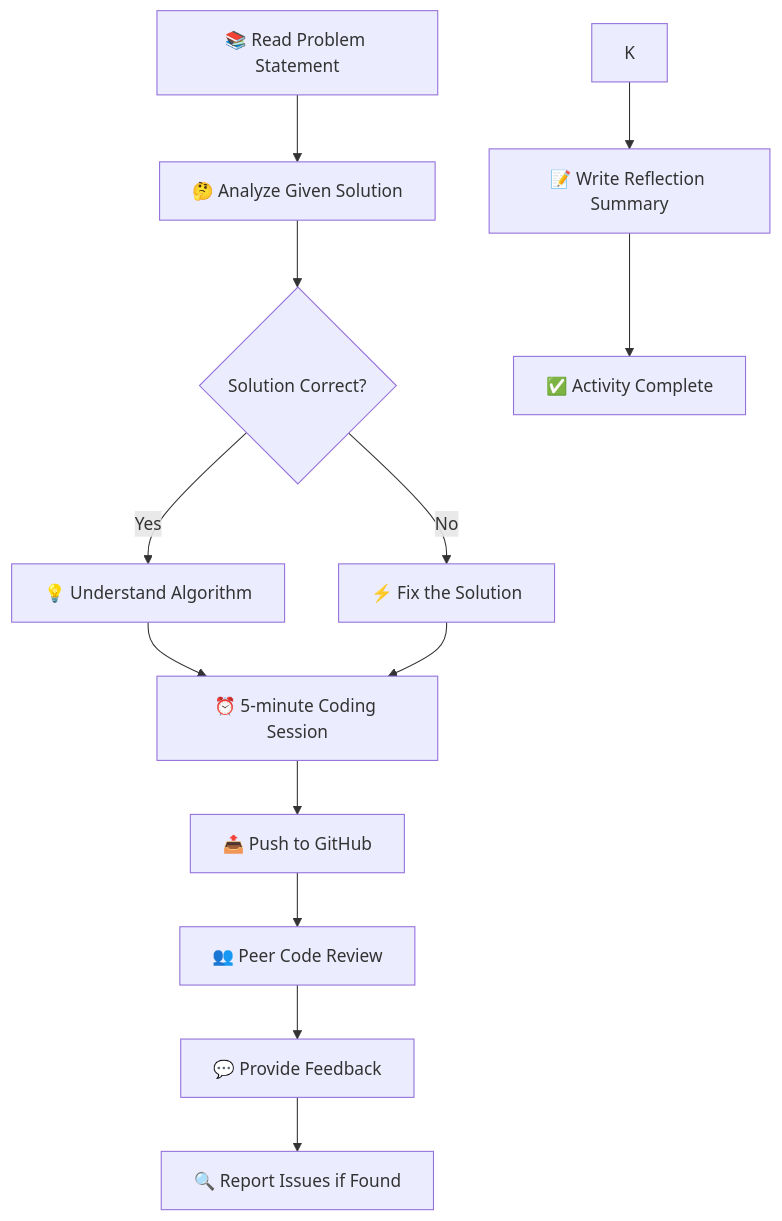
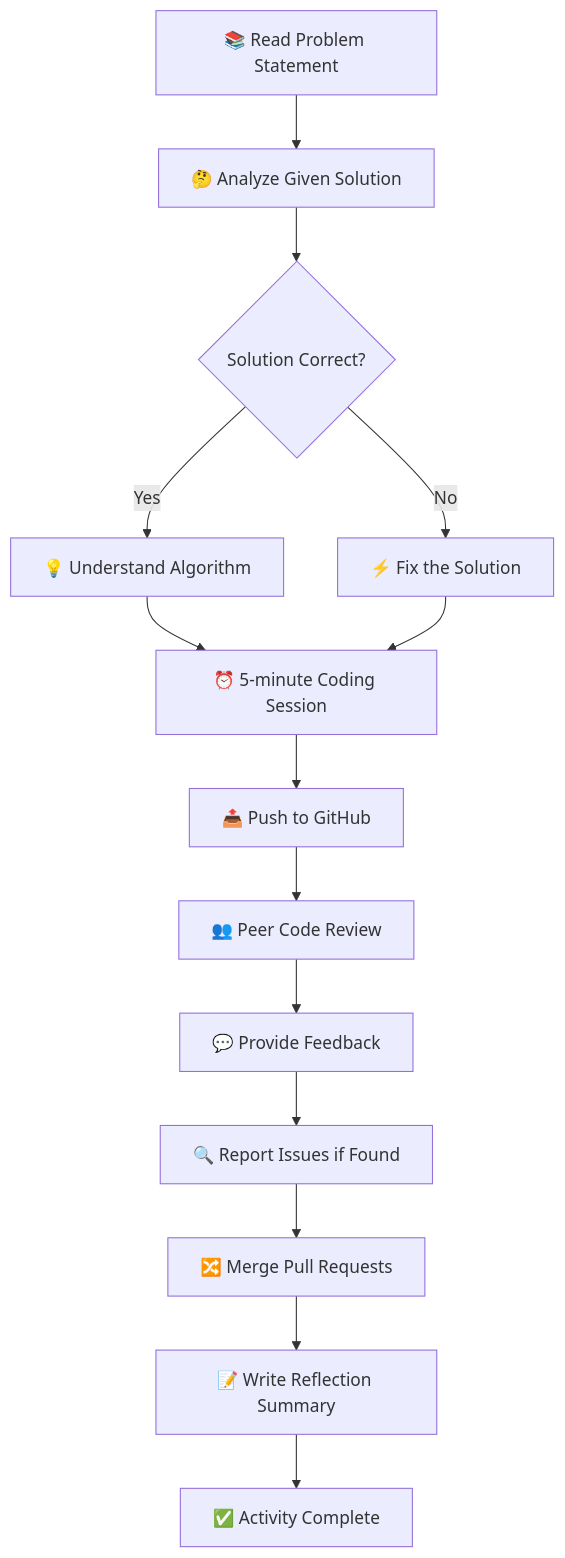
One commit to TaiChi112/Social-Professional-Ethics changed the first of 2 diagrams in docs/README.md. Above: the diagram before and after it, drawn with Mermaid. The commit also changed other lines of this file, not shown here.

Commit message:
fix: Update README to include merging pull requests in activity flow and improve table formatting

````diff
--- a/docs/README.md
+++ b/docs/README.md
@@ -8,15 +8,16 @@
 ```mermaid
 graph TD
     A[📚 Read Problem Statement] --> B[🤔 Analyze Given Solution]
     B --> C{Solution Correct?}
     C -->|Yes| D[💡 Understand Algorithm]
     C -->|No| E[⚡ Fix the Solution]
     D --> F[⏰ 5-minute Coding Session]
     E --> F
     F --> G[📤 Push to GitHub]
     G --> H[👥 Peer Code Review]
     H --> I[💬 Provide Feedback]
     I --> J[🔍 Report Issues if Found]
+    J --> K[🔀 Merge Pull Requests]
     K --> L[📝 Write Reflection Summary]
     L --> M[✅ Activity Complete]
 ```
````
